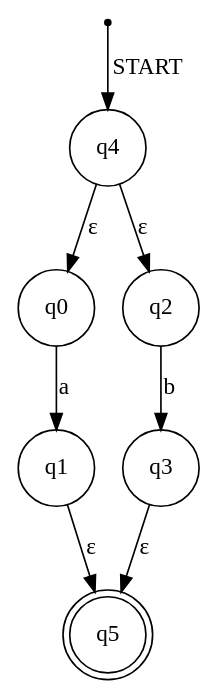
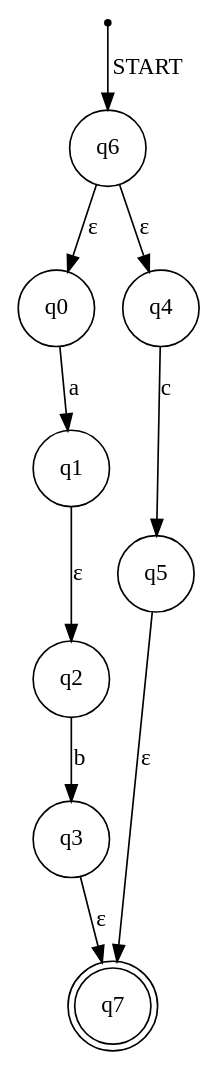
One commit to ankit-kisi/RegEx2DFA changed the diagram in nfa.dot. Above: the diagram before and after it, drawn with Graphviz. The commit also changed 38 other files, not shown here.

```diff
--- a/nfa.dot
+++ b/nfa.dot
@@ -1,12 +1,14 @@
 digraph nfa{
 node[shape = point] START
-node[shape = circle] q0 q1 q2 q3 q4 
-node[shape = doublecircle] q5
-START -> q4[label = START]
-q4 -> q0[label = ε]
-q4 -> q2[label = ε]
+node[shape = circle] q0 q1 q2 q3 q4 q5 q6 
+node[shape = doublecircle] q7
+START -> q6[label = START]
+q6 -> q0[label = ε]
+q6 -> q4[label = ε]
+q4 -> q5[label = c]
+q5 -> q7[label = ε]
+q0 -> q1[label = a]
+q1 -> q2[label = ε]
 q2 -> q3[label = b]
-q3 -> q5[label = ε]
-q0 -> q1[label = a]
-q1 -> q5[label = ε]
+q3 -> q7[label = ε]
 }
```
